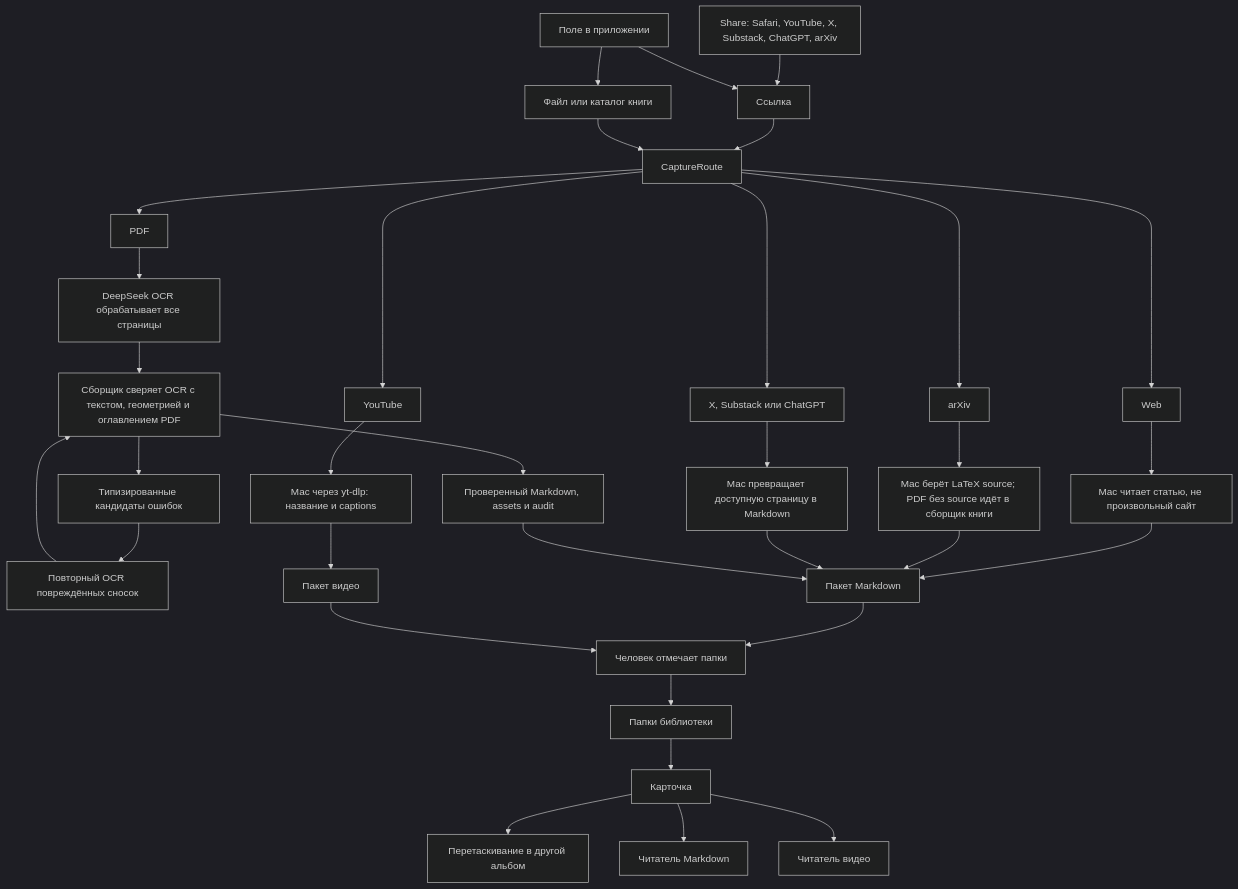
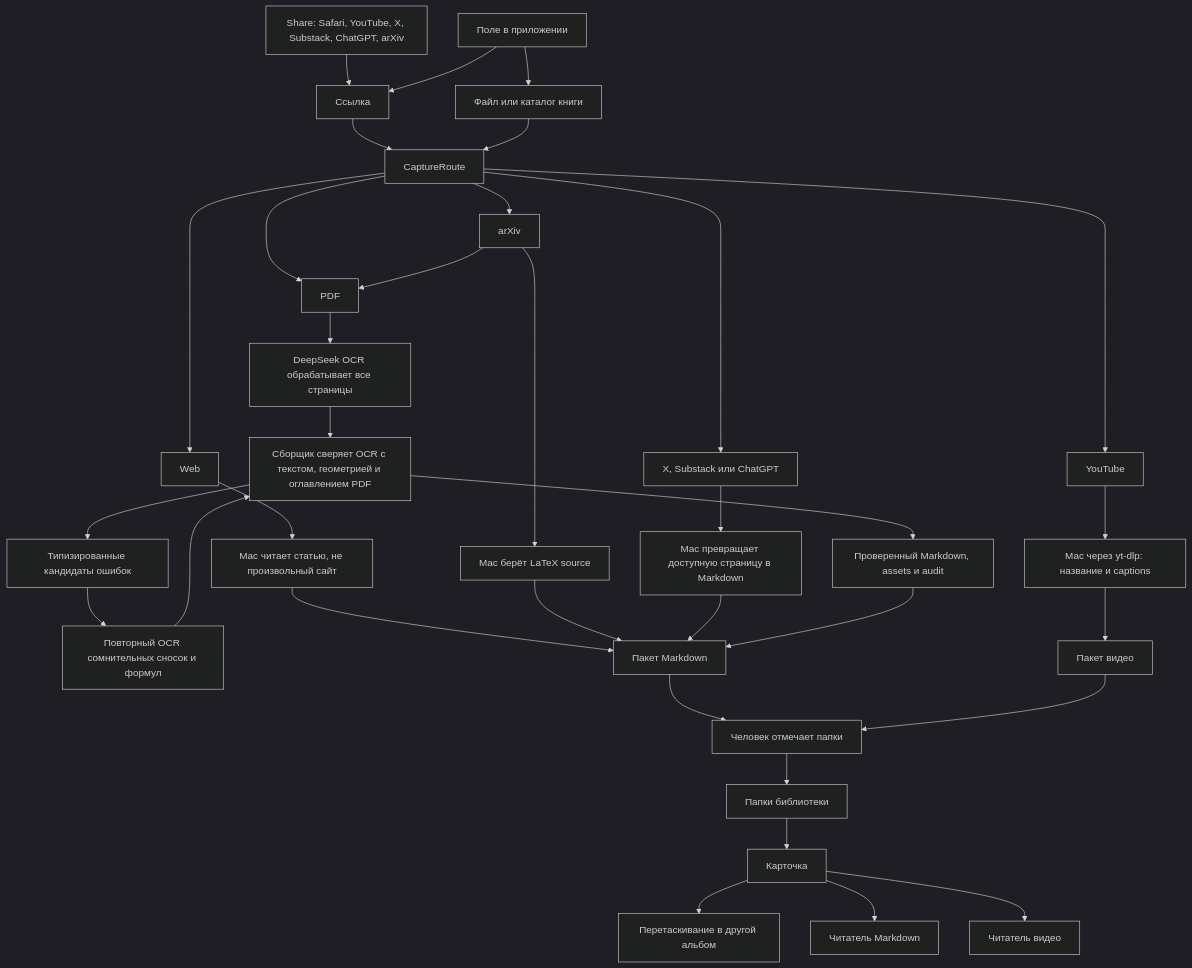
The eighth of 9 diagrams in APP_SPEC.md (vladkalinichencko/fnmn-app), drawn with Mermaid (dark theme) before and after one commit. The commit also changed other lines of this file and 44 other files, not shown here.

Commit message:
Give every Mac adapter one contract and send any PDF through the full PDF pipeline as a job.

````diff
--- a/APP_SPEC.md
+++ b/APP_SPEC.md
@@ -219,35 +219,36 @@
 ```mermaid
 flowchart TD
     Share[Share: Safari, YouTube, X, Substack, ChatGPT, arXiv] --> Link[Ссылка]
     Add[Поле в приложении] --> Link
     Add --> File[Файл или каталог книги]
     Link --> Route[CaptureRoute]
     File --> Route
     Route --> Web[Web]
     Route --> Arxiv[arXiv]
     Route --> Tube[YouTube]
     Route --> Social[X, Substack или ChatGPT]
     Route --> Pdf[PDF]
     Web --> ArticleMac[Mac читает статью, не произвольный сайт]
-    Arxiv --> ArxivMac[Mac берёт LaTeX source; PDF без source идёт в сборщик книги]
+    Arxiv --> ArxivMac[Mac берёт LaTeX source]
+    Arxiv --> Pdf
     Social --> TextMac[Mac превращает доступную страницу в Markdown]
     Pdf --> PageOCR[DeepSeek OCR обрабатывает все страницы]
     PageOCR --> Assemble[Сборщик сверяет OCR с текстом, геометрией и оглавлением PDF]
     Assemble --> Candidates[Типизированные кандидаты ошибок]
-    Candidates --> FootnoteOCR[Повторный OCR повреждённых сносок]
+    Candidates --> FootnoteOCR[Повторный OCR сомнительных сносок и формул]
     FootnoteOCR --> Assemble
     Assemble --> PdfMac[Проверенный Markdown, assets и audit]
     Tube --> VideoMac[Mac через yt-dlp: название и captions]
     ArticleMac --> Markdown[Пакет Markdown]
     ArxivMac --> Markdown
     TextMac --> Markdown
     PdfMac --> Markdown
     VideoMac --> VideoPack[Пакет видео]
     Markdown --> Choose[Человек отмечает папки]
     VideoPack --> Choose
     Choose --> Album[Папки библиотеки]
     Album --> Card[Карточка]
     Card --> OtherAlbum[Перетаскивание в другой альбом]
     Card --> MarkdownReader[Читатель Markdown]
     Card --> VideoReader[Читатель видео]
 ```
````
